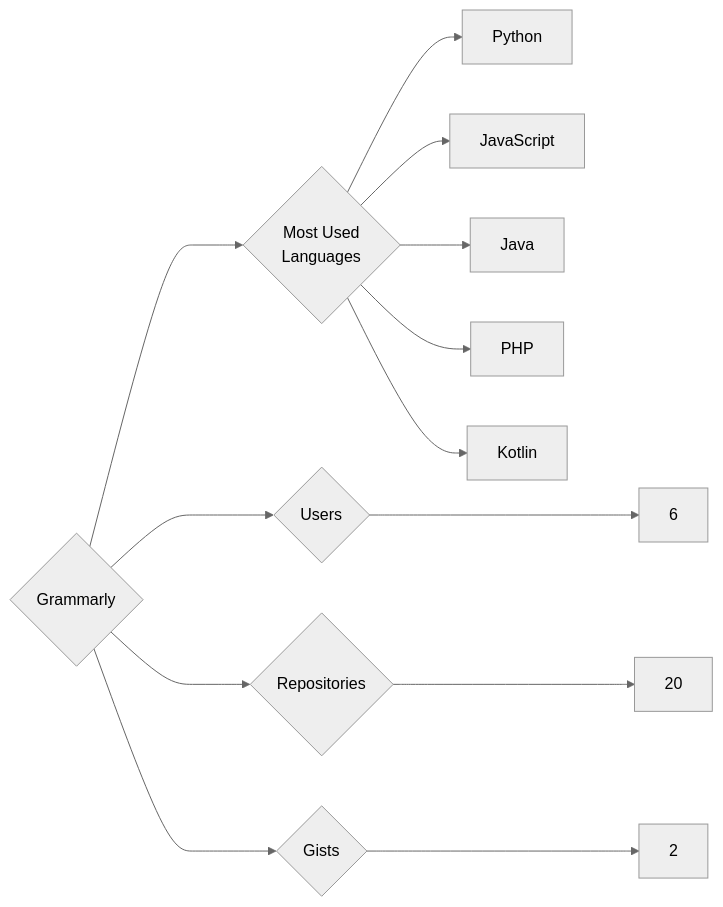
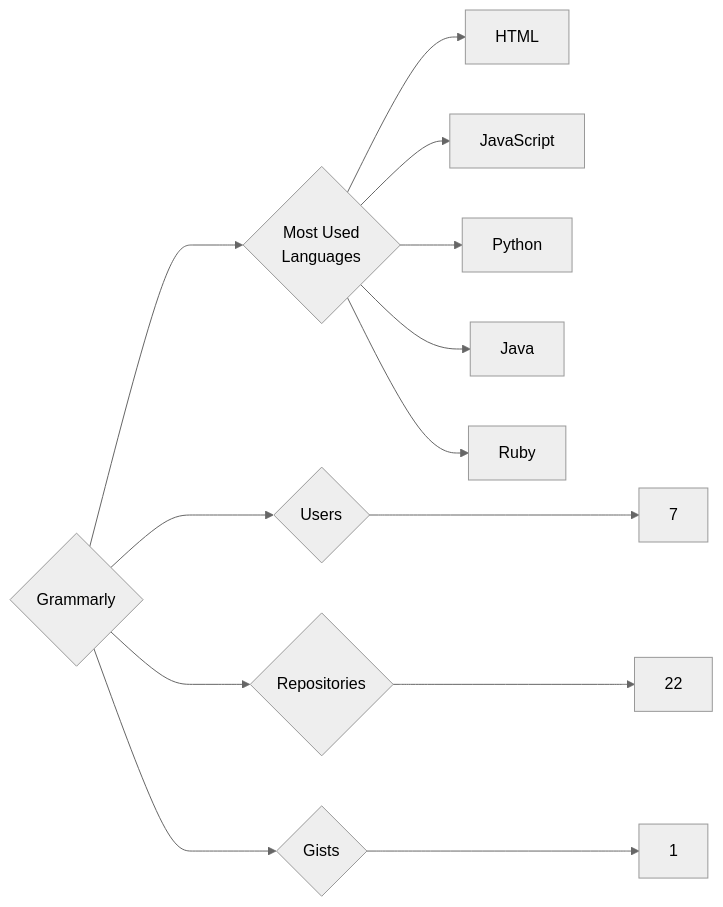
One commit to trickest/insiders changed the diagram in targets/Grammarly/README.md. Above: the diagram before and after it, drawn with Mermaid (neutral theme). The commit also changed 1170 other files, not shown here.

````diff
--- a/targets/Grammarly/README.md
+++ b/targets/Grammarly/README.md
@@ -3,13 +3,13 @@
 ```mermaid
 graph LR
 COMPANY_NAME{Grammarly}
-COMPANY_NAME ---> U{Users} ---> UN[6]
-COMPANY_NAME ---> R{Repositories} ---> RN[20]
-COMPANY_NAME ---> G{Gists} ---> GN[2]
+COMPANY_NAME ---> U{Users} ---> UN[7]
+COMPANY_NAME ---> R{Repositories} ---> RN[22]
+COMPANY_NAME ---> G{Gists} ---> GN[1]
 COMPANY_NAME ---> ML{Most Used<br>Languages}
+ML --> HTML[HTML]
+ML --> JavaScript[JavaScript]
 ML --> Python[Python]
-ML --> JavaScript[JavaScript]
 ML --> Java[Java]
-ML --> PHP[PHP]
-ML --> Kotlin[Kotlin]
+ML --> Ruby[Ruby]
 ```
````
